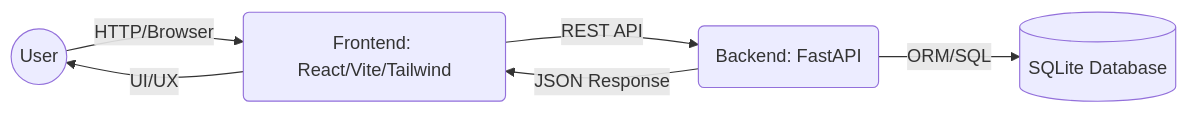
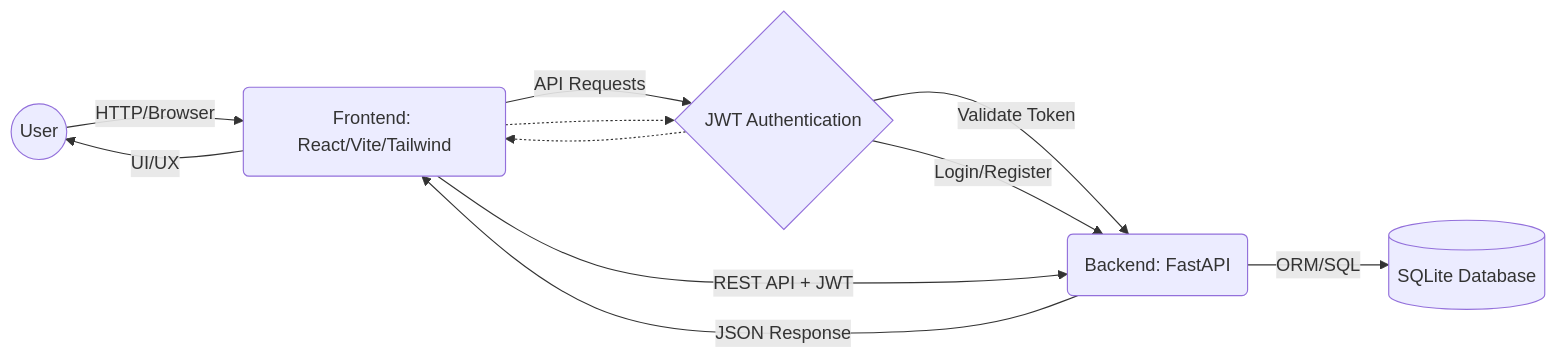
The first of 3 diagrams in README.md (FilipePacheco73/Bellum-Astrum), drawn with Mermaid before and after one commit. The commit also changed other lines of this file, not shown here.

Commit message:
feat: Update README with enhanced features, authentication details, and project structure

````diff
--- a/README.md
+++ b/README.md
@@ -120,13 +128,21 @@
 ```mermaid
 flowchart LR
     User((User))
     Frontend(Frontend: React/Vite/Tailwind)
     Backend(Backend: FastAPI)
     DB[(SQLite Database)]
+    Auth{JWT Authentication}
 
     User -- HTTP/Browser --> Frontend
-    Frontend -- REST API --> Backend
+    Frontend -- API Requests --> Auth
+    Auth -- Validate Token --> Backend
+    Auth -- Login/Register --> Backend
+    Frontend -- REST API + JWT --> Backend
     Backend -- ORM/SQL --> DB
     Backend -- JSON Response --> Frontend
     Frontend -- UI/UX --> User
+    
+    %% Authentication Flow
+    Frontend -.-> Auth
+    Auth -.-> Frontend
 ```
````
